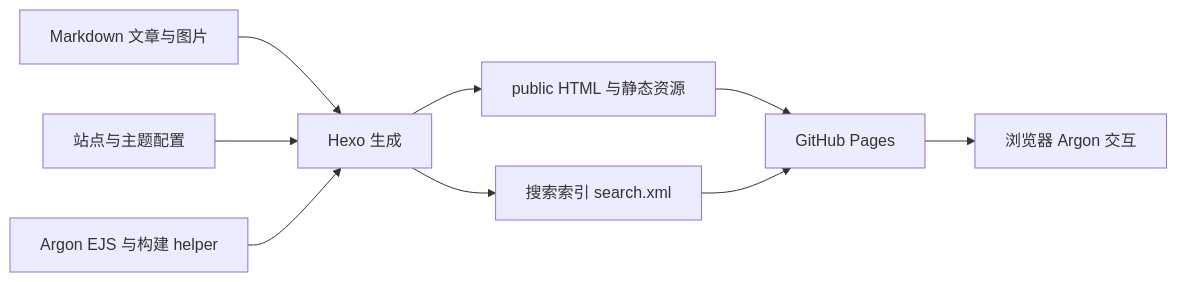
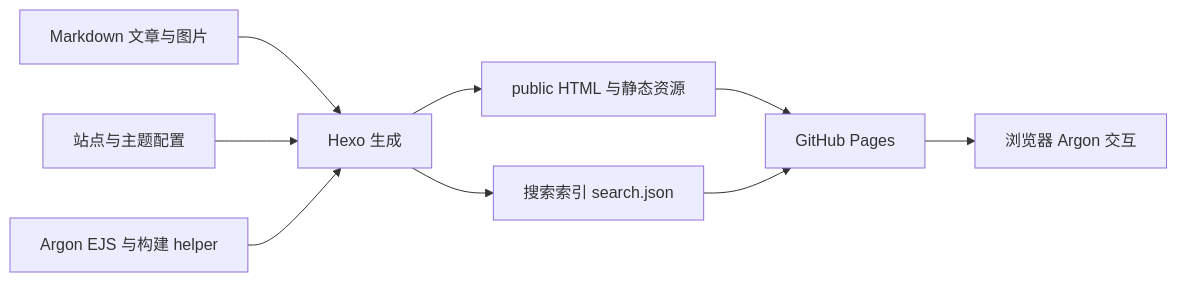
Before and after one commit to AlgoStruggler/AlgoStruggler.github.io: the diagram in ARCHITECTURE.md, drawn with Mermaid. The commit also changed other lines of this file and 17 other files, not shown here.

````diff
--- a/ARCHITECTURE.md
+++ b/ARCHITECTURE.md
@@ -9,11 +9,11 @@
 ```mermaid
 flowchart LR
   A[Markdown 文章与图片] --> H[Hexo 生成]
   C[站点与主题配置] --> H
   T[Argon EJS 与构建 helper] --> H
   H --> P[public HTML 与静态资源]
-  H --> S[搜索索引 search.xml]
+  H --> S[搜索索引 search.json]
   P --> G[GitHub Pages]
   S --> G
   G --> B[浏览器 Argon 交互]
 ```
````
